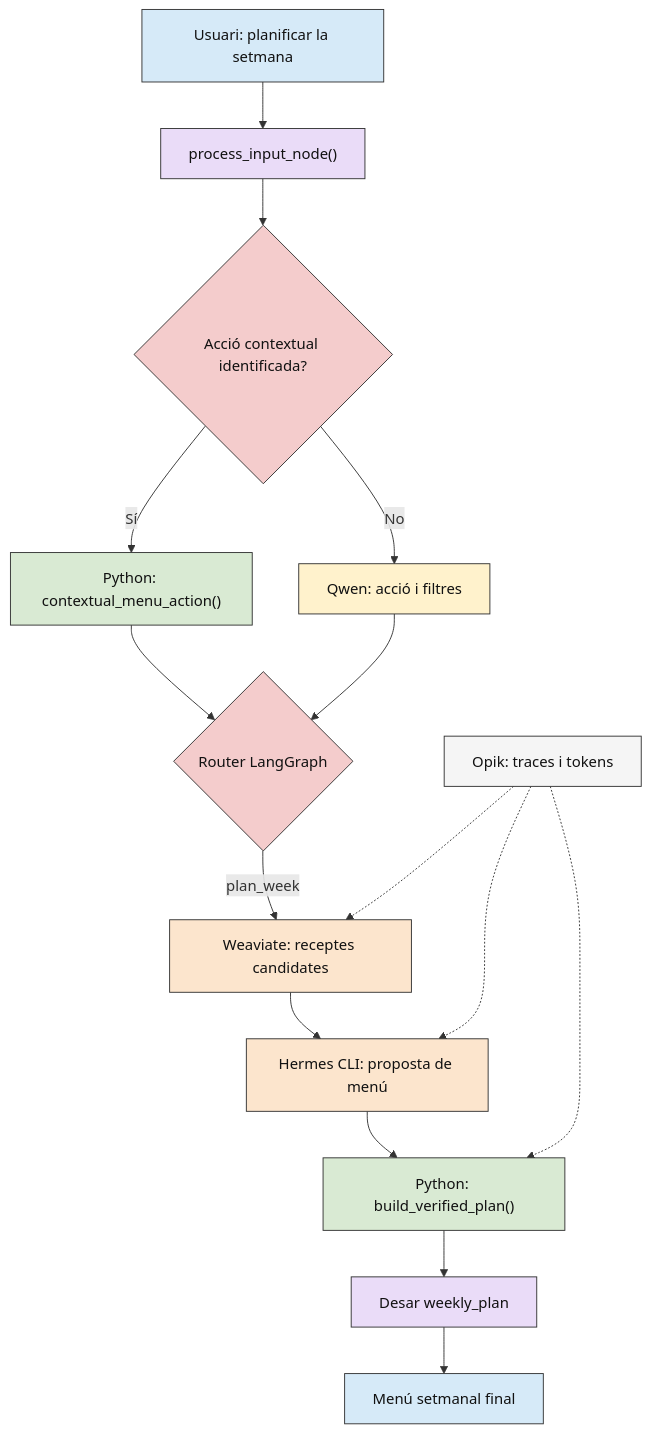
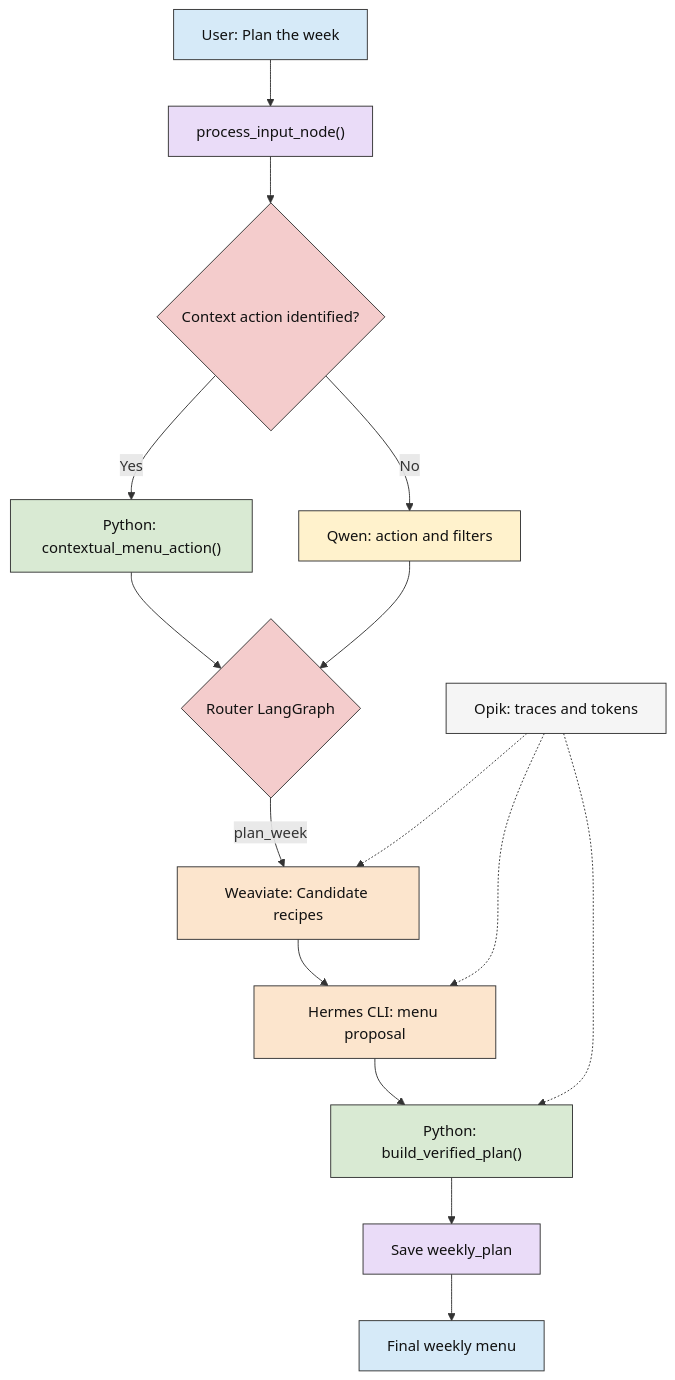
Before and after one commit to eetac/Visual_tools_for_AI: diagram 12 of 15 in AI_Observability/docs/08_examples.md, drawn with Mermaid. The commit also changed other lines of this file and 31 other files, not shown here.

````diff
--- a/AI_Observability/docs/08_examples.md
+++ b/AI_Observability/docs/08_examples.md
@@ -1416,31 +1416,31 @@
 ```mermaid
 flowchart TD
-    U["Usuari: planificar la setmana"] --> P["process_input_node()"]
-    P --> D{"Acció contextual identificada?"}
-    D -->|Sí| C["Python: contextual_menu_action()"]
-    D -->|No| L["Qwen: acció i filtres"]
+    U["User: Plan the week"] --> P["process_input_node()"]
+    P --> D{"Context action identified?"}
+    D -->|Yes| C["Python: contextual_menu_action()"]
+    D -->|No| L["Qwen: action and filters"]
     C --> R{"Router LangGraph"}
     L --> R
-    R -->|plan_week| W["Weaviate: receptes candidates"]
-    W --> H["Hermes CLI: proposta de menú"]
+    R -->|plan_week| W["Weaviate: Candidate recipes"]
+    W --> H["Hermes CLI: menu proposal"]
     H --> V["Python: build_verified_plan()"]
-    V --> PL["Desar weekly_plan"]
-    PL --> F["Menú setmanal final"]
-    OP["Opik: traces i tokens"] -.-> W
+    V --> PL["Save weekly_plan"]
+    PL --> F["Final weekly menu"]
+    OP["Opik: traces and tokens"] -.-> W
     OP -.-> H
     OP -.-> V
     class U,F entrada
     class P,PL servei
     class D,R decisio
     class L llm
     class C,V python
     class W,H agent
     class OP opik
     classDef entrada fill:#D6EAF8,stroke:#333333,color:#111111
     classDef llm fill:#FFF2CC,stroke:#333333,color:#111111
     classDef python fill:#D9EAD3,stroke:#333333,color:#111111
     classDef decisio fill:#F4CCCC,stroke:#333333,color:#111111
     classDef servei fill:#EADCF8,stroke:#333333,color:#111111
     classDef agent fill:#FCE5CD,stroke:#333333,color:#111111
     classDef opik fill:#F5F5F5,stroke:#333333,color:#111111
 ```
````
